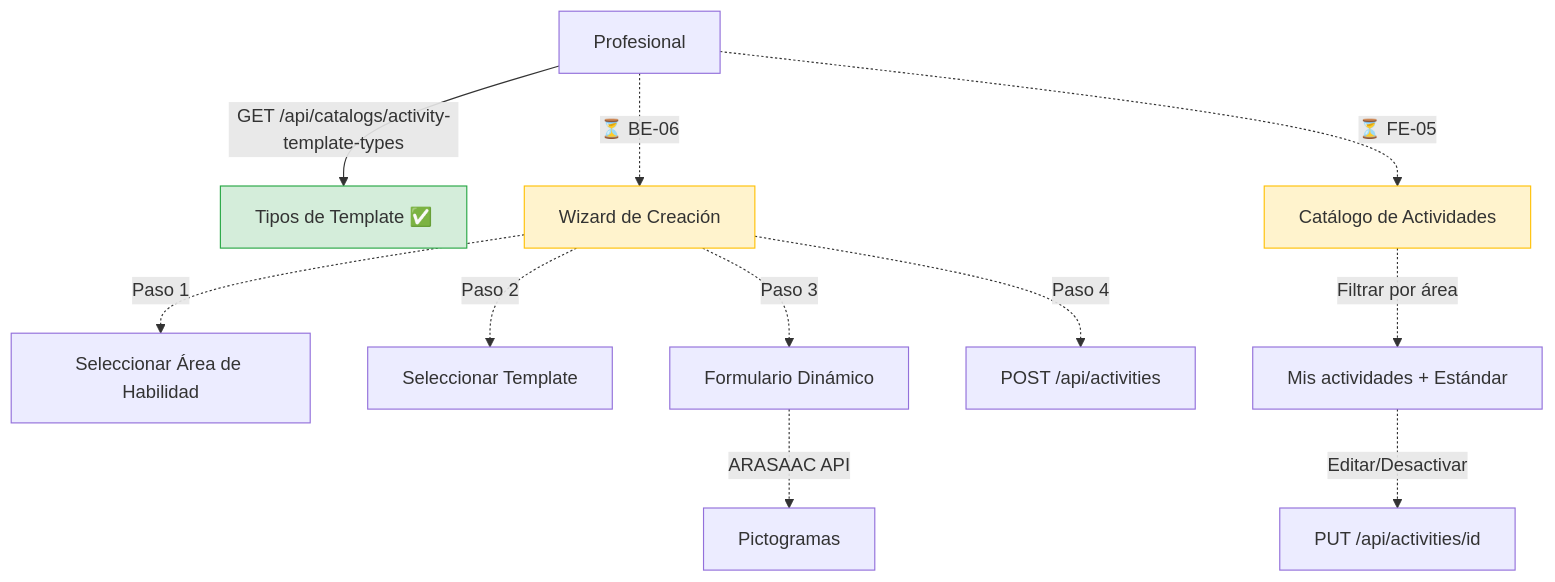
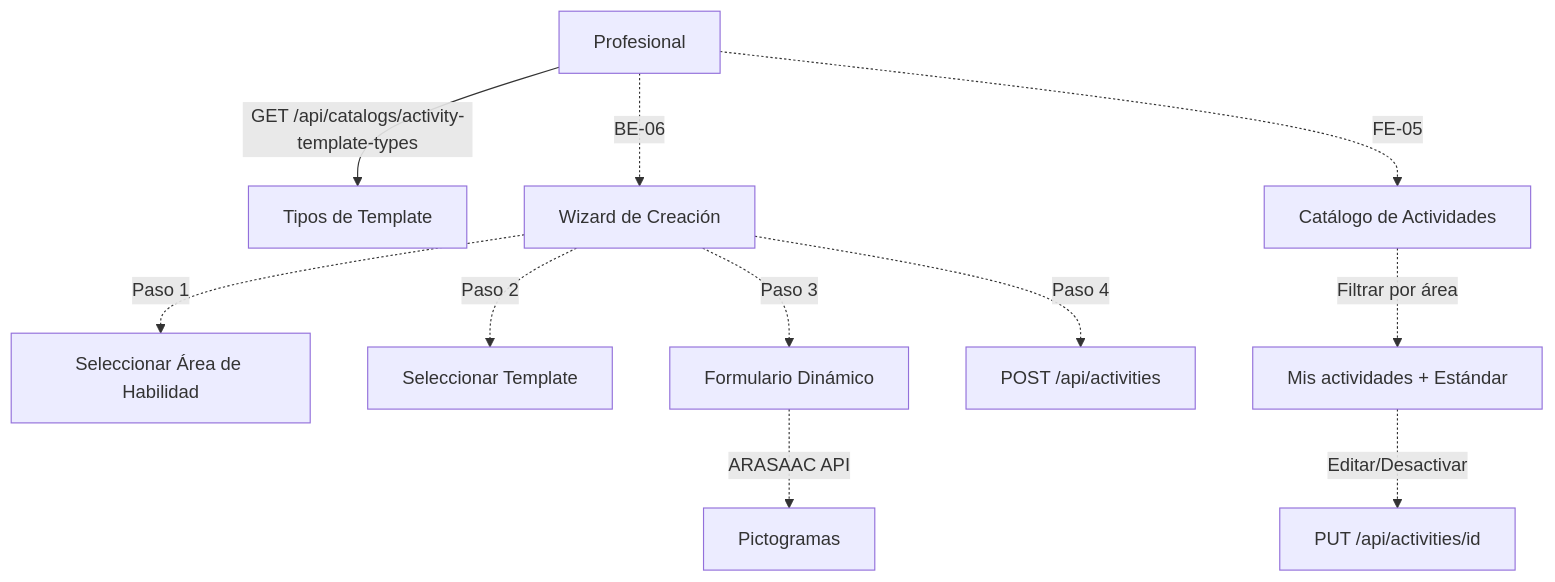
One commit to Sacha-html/InclusiON changed the diagram in Process/10-gestion-actividades.md. Above: the diagram before and after it, drawn with Mermaid. The commit also changed other lines of this file and 32 other files, not shown here.

First line of the commit message:
Add context diagram, data dictionary, and glossary for InclusiON system

````diff
--- a/Process/10-gestion-actividades.md
+++ b/Process/10-gestion-actividades.md
@@ -40,19 +40,16 @@
 ```mermaid
 flowchart TD
-    PROF[Profesional] -->|GET /api/catalogs/activity-template-types| TMPL[Tipos de Template ✅]
+    PROF[Profesional] -->|GET /api/catalogs/activity-template-types| TMPL[Tipos de Template]
 
-    PROF -.->|⏳ BE-06| WIZARD[Wizard de Creación]
+    PROF -.->|BE-06| WIZARD[Wizard de Creación]
     WIZARD -.->|Paso 1| AREA[Seleccionar Área de Habilidad]
     WIZARD -.->|Paso 2| SEL_T[Seleccionar Template]
     WIZARD -.->|Paso 3| FORM[Formulario Dinámico]
     FORM -.->|ARASAAC API| PICTO[Pictogramas]
     WIZARD -.->|Paso 4| SAVE[POST /api/activities]
 
-    PROF -.->|⏳ FE-05| CAT[Catálogo de Actividades]
+    PROF -.->|FE-05| CAT[Catálogo de Actividades]
     CAT -.->|Filtrar por área| LIST[Mis actividades + Estándar]
     LIST -.->|Editar/Desactivar| EDIT[PUT /api/activities/id]
 
-    style TMPL fill:#d4edda,stroke:#28a745
-    style WIZARD fill:#fff3cd,stroke:#ffc107
-    style CAT fill:#fff3cd,stroke:#ffc107
 ```
````
